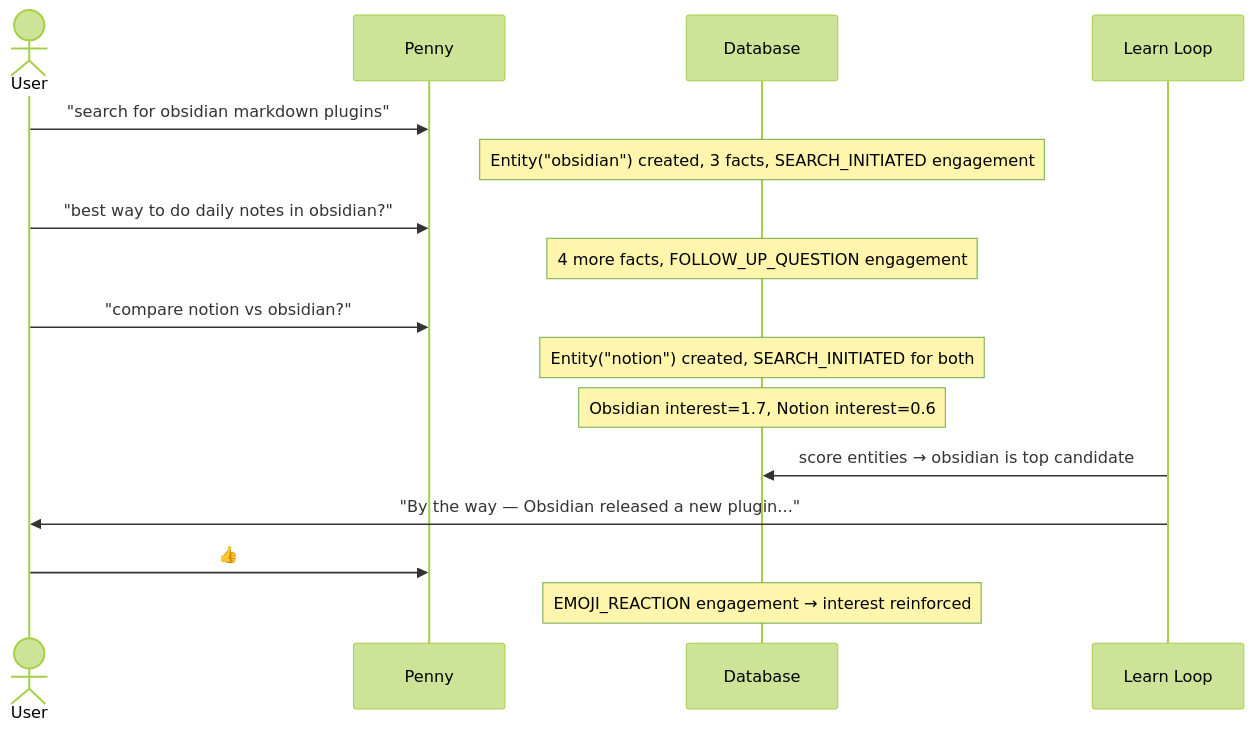
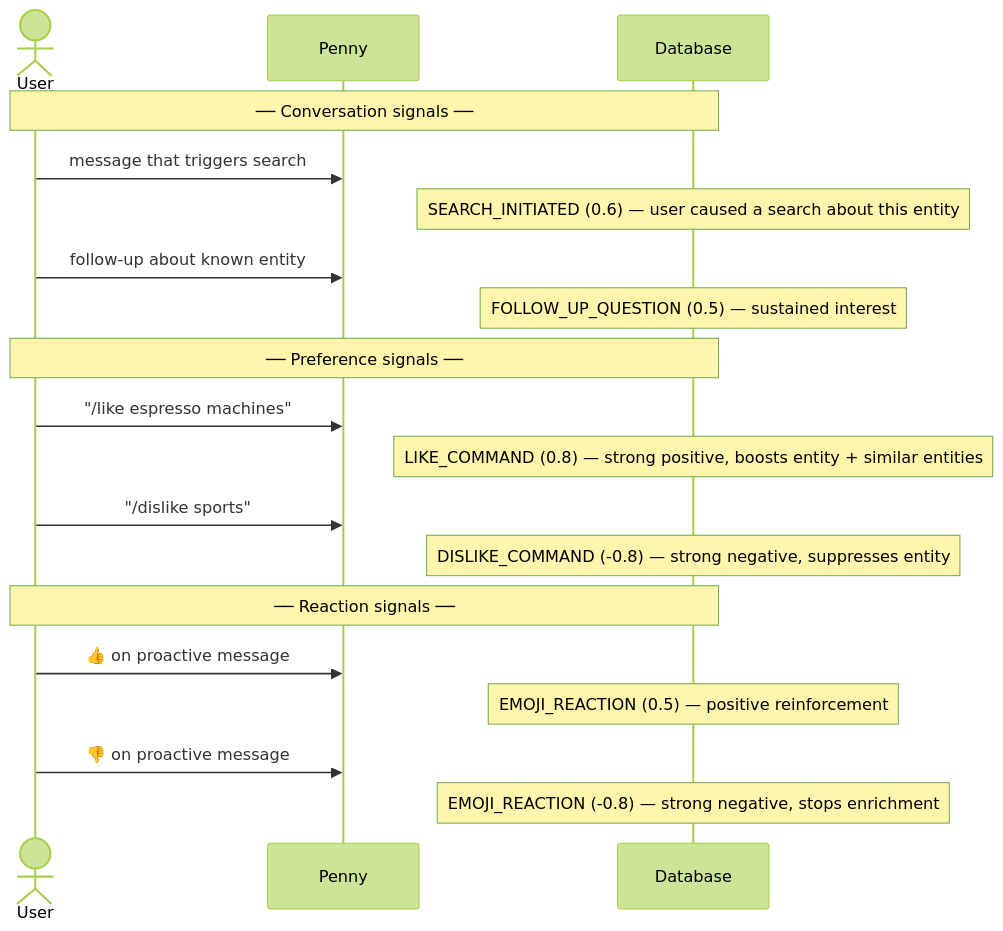
The third of 6 diagrams in docs/knowledge-system-flows.md (jaredlockhart/penny), drawn with Mermaid (forest theme) before and after one commit. The commit also changed other lines of this file, not shown here.

First line of the commit message:
docs: reorganize diagrams by system component

````diff
--- a/docs/knowledge-system-flows.md
+++ b/docs/knowledge-system-flows.md
@@ -97,24 +68,30 @@
 ```mermaid
 sequenceDiagram
     actor User
     participant Penny
     participant DB as Database
-    participant LL as Learn Loop
 
-    User->>Penny: "search for obsidian markdown plugins"
-    Note over DB: Entity("obsidian") created, 3 facts, SEARCH_INITIATED engagement
+    Note over User,DB: ── Conversation signals ──
 
-    User->>Penny: "best way to do daily notes in obsidian?"
-    Note over DB: 4 more facts, FOLLOW_UP_QUESTION engagement
+    User->>Penny: message that triggers search
+    Note over DB: SEARCH_INITIATED (0.6) — user caused a search about this entity
 
-    User->>Penny: "compare notion vs obsidian?"
-    Note over DB: Entity("notion") created, SEARCH_INITIATED for both
+    User->>Penny: follow-up about known entity
+    Note over DB: FOLLOW_UP_QUESTION (0.5) — sustained interest
 
-    Note over DB: Obsidian interest=1.7, Notion interest=0.6
+    Note over User,DB: ── Preference signals ──
 
-    LL->>DB: score entities → obsidian is top candidate
-    LL->>User: "By the way — Obsidian released a new plugin..."
+    User->>Penny: "/like espresso machines"
+    Note over DB: LIKE_COMMAND (0.8) — strong positive, boosts entity + similar entities
 
-    User->>Penny: 👍
-    Note over DB: EMOJI_REACTION engagement → interest reinforced
+    User->>Penny: "/dislike sports"
+    Note over DB: DISLIKE_COMMAND (-0.8) — strong negative, suppresses entity
+
+    Note over User,DB: ── Reaction signals ──
+
+    User->>Penny: 👍 on proactive message
+    Note over DB: EMOJI_REACTION (0.5) — positive reinforcement
+
+    User->>Penny: 👎 on proactive message
+    Note over DB: EMOJI_REACTION (-0.8) — strong negative, stops enrichment
 ```
````
